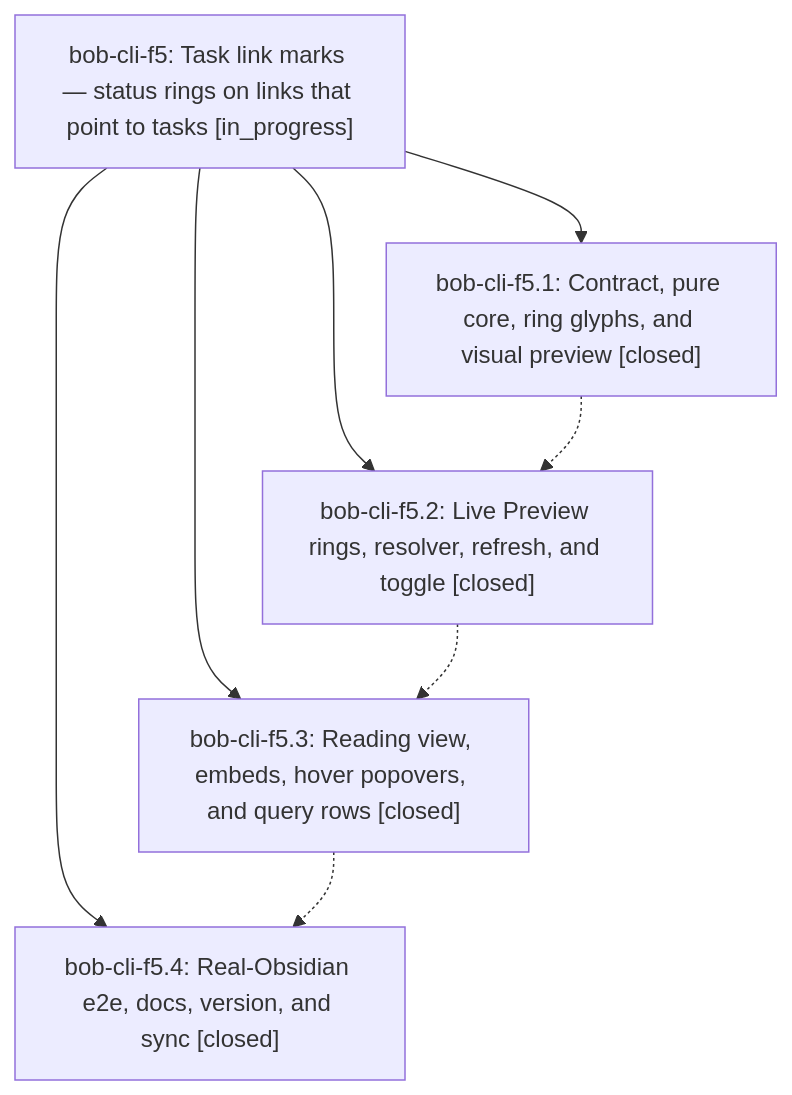
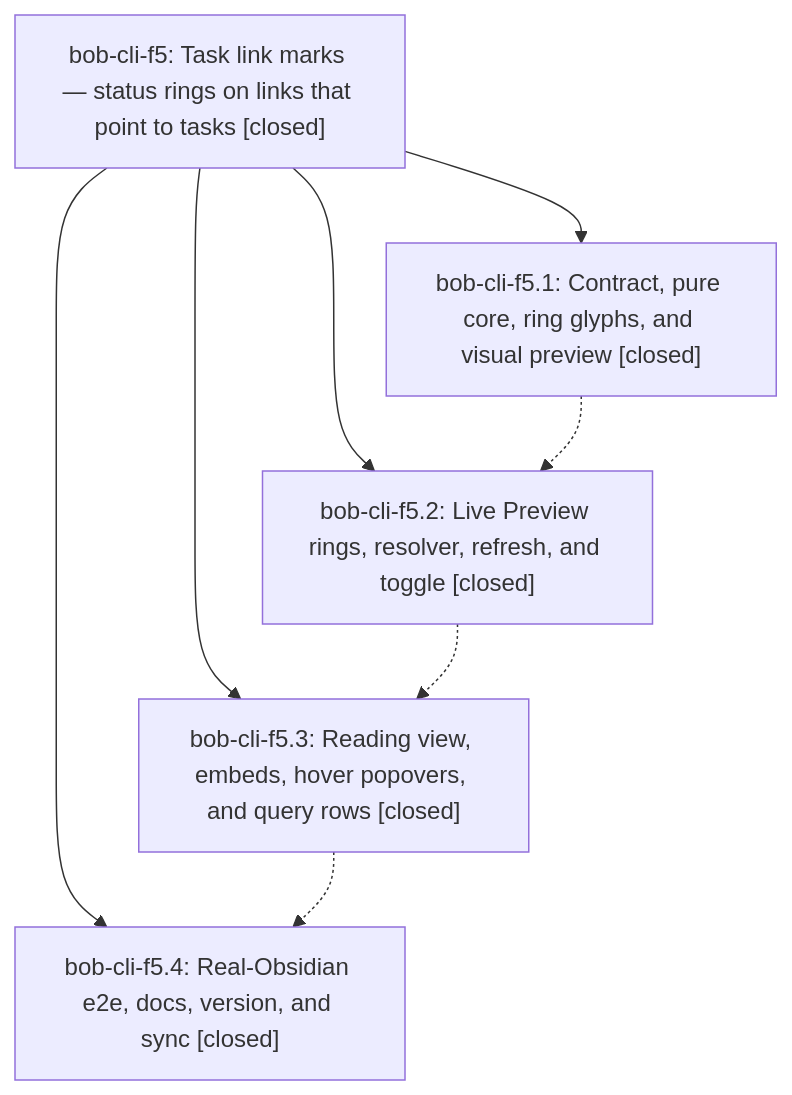
Before and after one commit to bobs-org/bob-cli--beads: the diagram in pages/bob-cli-f5/README.md, drawn with Mermaid. The commit also changed other lines of this file and 1 other file, not shown here.

First line of the commit message:
chore(beads): sync bead state and pages for bob-cli-f5

````diff
--- a/pages/bob-cli-f5/README.md
+++ b/pages/bob-cli-f5/README.md
@@ -39,15 +82,15 @@
 ```mermaid
 flowchart TD
-    n0["bob-cli-f5: Task link marks — status rings on links that point to tasks [in_progress]"]
+    n0["bob-cli-f5: Task link marks — status rings on links that point to tasks [closed]"]
     n1["bob-cli-f5.1: Contract, pure core, ring glyphs, and visual preview [closed]"]
     n2["bob-cli-f5.2: Live Preview rings, resolver, refresh, and toggle [closed]"]
     n3["bob-cli-f5.3: Reading view, embeds, hover popovers, and query rows [closed]"]
     n4["bob-cli-f5.4: Real-Obsidian e2e, docs, version, and sync [closed]"]
     n0 --> n1
     n0 --> n2
     n0 --> n3
     n0 --> n4
     n1 -.-> n2
     n2 -.-> n3
     n3 -.-> n4
 ```
````
